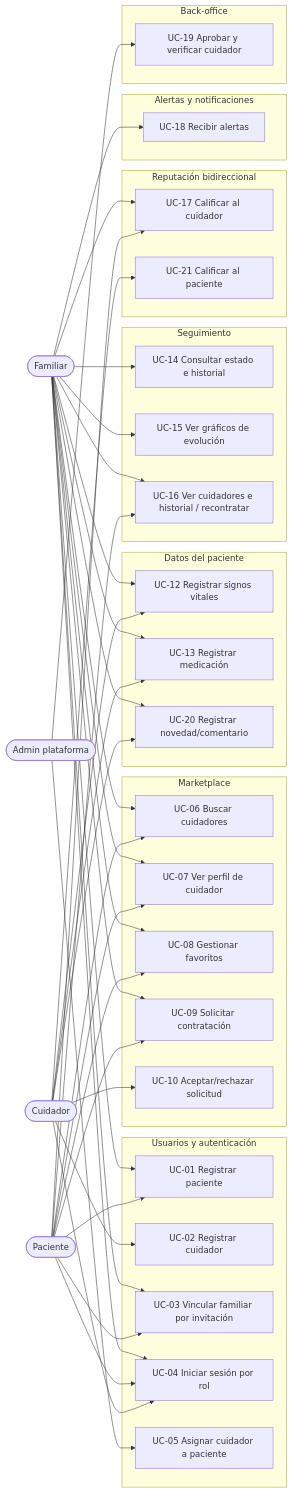
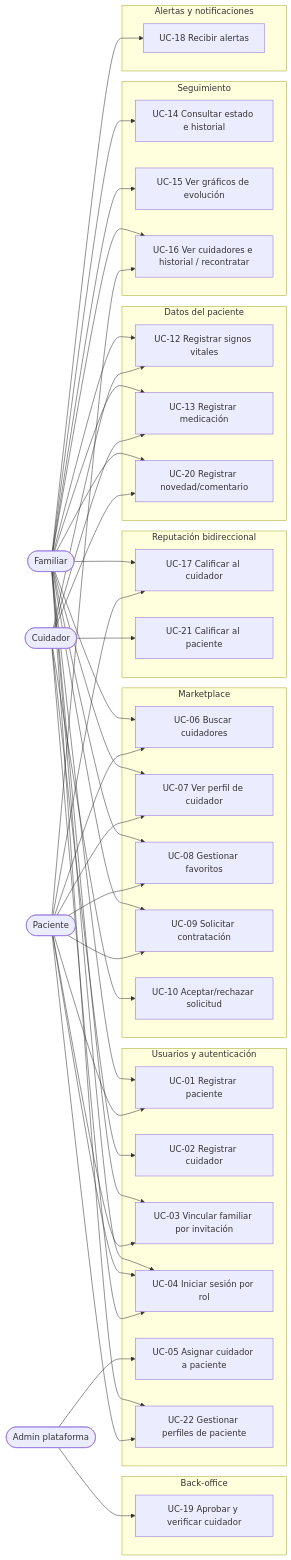
Before and after one commit to EugeValeiras/Keru: the diagram in Keru-Casos-de-Uso-MVP.md, drawn with Mermaid. The commit also changed other lines of this file, not shown here.

````diff
--- a/Keru-Casos-de-Uso-MVP.md
+++ b/Keru-Casos-de-Uso-MVP.md
@@ -34,53 +34,54 @@
 ```mermaid
 flowchart LR
     FAM([Familiar])
     PAC([Paciente])
     CUI([Cuidador])
     ADM([Admin plataforma])
 
     subgraph A[Usuarios y autenticación]
         UC01[UC-01 Registrar paciente]
         UC02[UC-02 Registrar cuidador]
         UC03[UC-03 Vincular familiar por invitación]
         UC04[UC-04 Iniciar sesión por rol]
         UC05[UC-05 Asignar cuidador a paciente]
+        UC22[UC-22 Gestionar perfiles de paciente]
     end
 
     subgraph B[Marketplace]
         UC06[UC-06 Buscar cuidadores]
         UC07[UC-07 Ver perfil de cuidador]
         UC08[UC-08 Gestionar favoritos]
         UC09[UC-09 Solicitar contratación]
         UC10[UC-10 Aceptar/rechazar solicitud]
     end
 
     subgraph D[Datos del paciente]
         UC12[UC-12 Registrar signos vitales]
         UC13[UC-13 Registrar medicación]
         UC20[UC-20 Registrar novedad/comentario]
     end
 
     subgraph E[Seguimiento]
         UC14[UC-14 Consultar estado e historial]
         UC15[UC-15 Ver gráficos de evolución]
         UC16[UC-16 Ver cuidadores e historial / recontratar]
     end
 
     subgraph F[Reputación bidireccional]
         UC17[UC-17 Calificar al cuidador]
         UC21[UC-21 Calificar al paciente]
     end
 
     subgraph G[Alertas y notificaciones]
         UC18[UC-18 Recibir alertas]
     end
 
     subgraph H[Back-office]
         UC19[UC-19 Aprobar y verificar cuidador]
     end
 
-    FAM --> UC01 & UC03 & UC04 & UC06 & UC07 & UC08 & UC09 & UC12 & UC13 & UC14 & UC15 & UC16 & UC17 & UC18 & UC20
-    PAC --> UC01 & UC03 & UC04 & UC06 & UC07 & UC08 & UC09 & UC16 & UC17
+    FAM --> UC01 & UC03 & UC04 & UC06 & UC07 & UC08 & UC09 & UC12 & UC13 & UC14 & UC15 & UC16 & UC17 & UC18 & UC20 & UC22
+    PAC --> UC01 & UC03 & UC04 & UC06 & UC07 & UC08 & UC09 & UC16 & UC17 & UC22
     CUI --> UC02 & UC04 & UC10 & UC12 & UC13 & UC20 & UC21
     ADM --> UC05 & UC19
 ```
````
